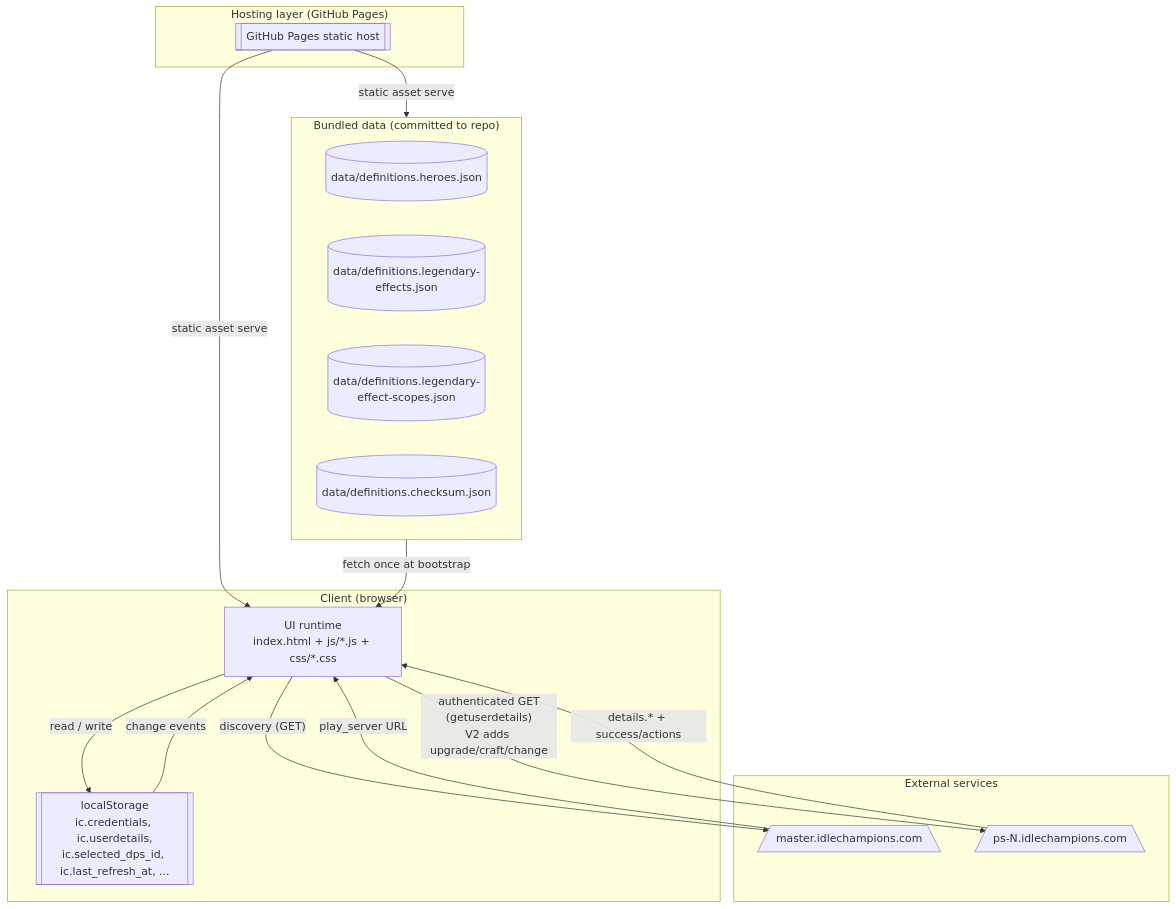
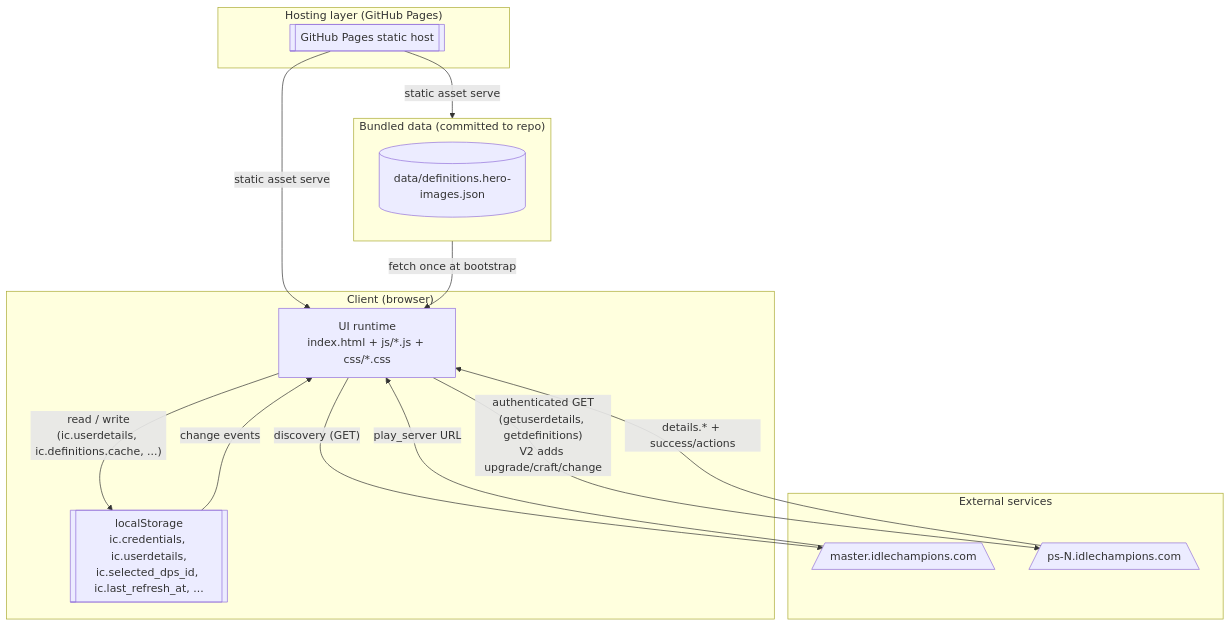
The first of 4 diagrams in docs/tech-design-legendary.md (chetanddesai/idle-champs), drawn with Mermaid before and after one commit. The commit also changed other lines of this file and 34 other files, not shown here.

````diff
--- a/docs/tech-design-legendary.md
+++ b/docs/tech-design-legendary.md
@@ -140,33 +140,30 @@
 ```mermaid
 flowchart TB
     subgraph Hosting["Hosting layer (GitHub Pages)"]
         GHP[["GitHub Pages static host"]]
     end
 
     subgraph Client["Client (browser)"]
         UI["UI runtime<br/>index.html + js/*.js + css/*.css"]
         LS[["localStorage<br/>ic.credentials, ic.userdetails,<br/>ic.selected_dps_id, ic.last_refresh_at, ..."]]
     end
 
     subgraph External["External services"]
         Master[/master.idlechampions.com\]
         Play[/ps-N.idlechampions.com\]
     end
 
     subgraph Bundled["Bundled data (committed to repo)"]
-        Heroes[("data/definitions.heroes.json")]
-        Effects[("data/definitions.legendary-effects.json")]
-        Scopes[("data/definitions.legendary-effect-scopes.json")]
-        Checksum[("data/definitions.checksum.json")]
+        HeroImages[("data/definitions.hero-images.json")]
     end
 
     GHP -- "static asset serve" --> UI
     GHP -- "static asset serve" --> Bundled
-    UI -- "read / write" --> LS
+    UI -- "read / write<br/>(ic.userdetails, ic.definitions.cache, ...)" --> LS
     LS -- "change events" --> UI
     UI -- "discovery (GET)" --> Master
     Master -- "play_server URL" --> UI
-    UI -- "authenticated GET<br/>(getuserdetails)<br/>V2 adds upgrade/craft/change" --> Play
+    UI -- "authenticated GET<br/>(getuserdetails, getdefinitions)<br/>V2 adds upgrade/craft/change" --> Play
     Play -- "details.* + success/actions" --> UI
     Bundled -- "fetch once at bootstrap" --> UI
 ```
````
